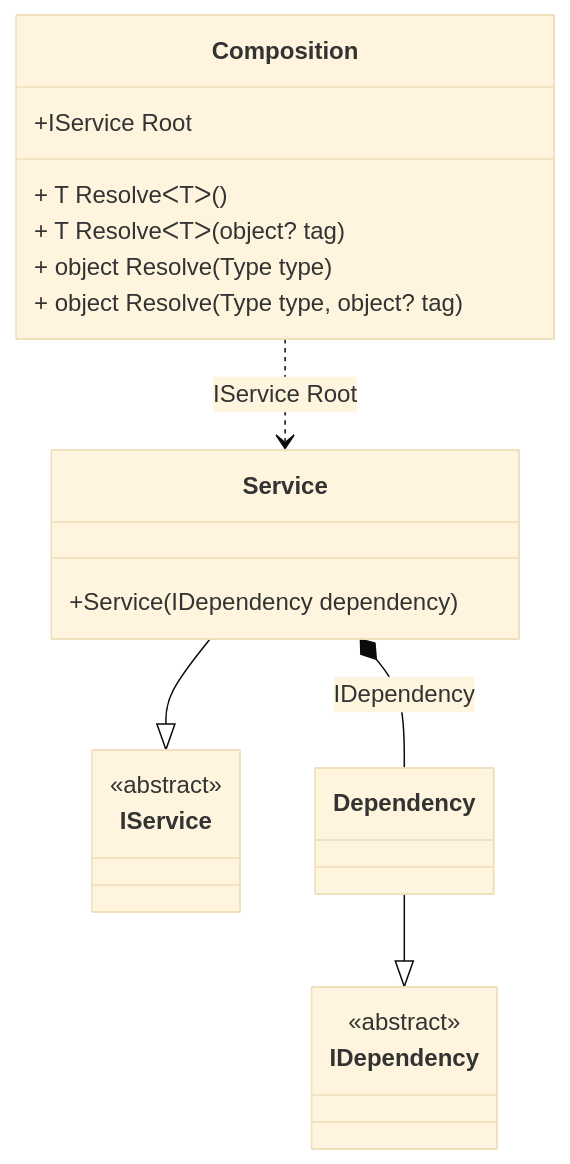
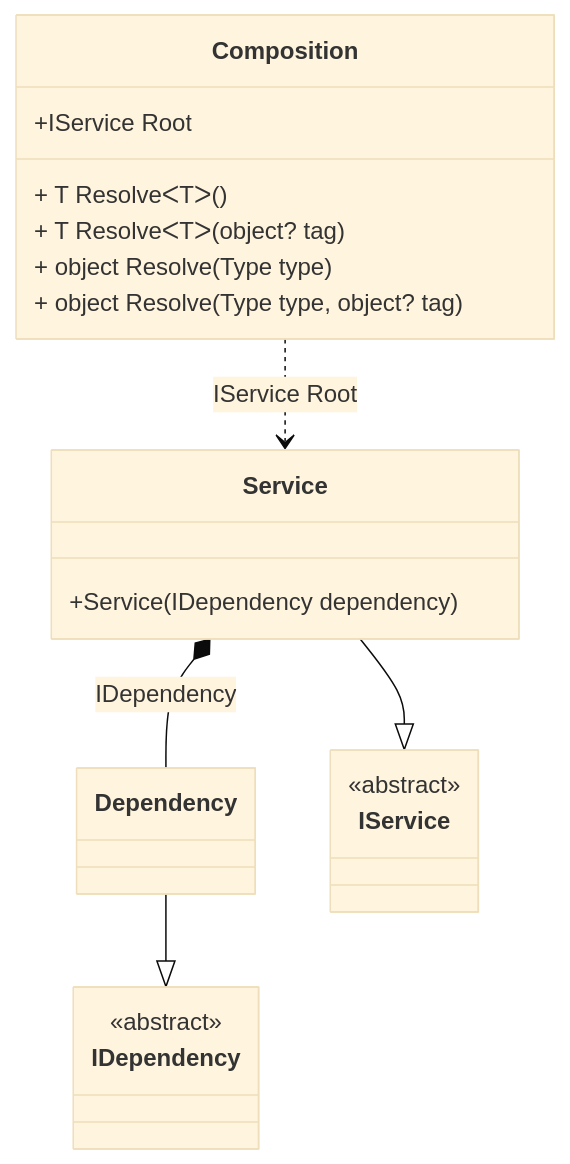
Before and after one commit to DevTeam/Pure.DI: the diagram in readme/factory.md, drawn with Mermaid (base theme). The commit also changed other lines of this file and 58 other files, not shown here.

Commit message:
Fixes an issue where overloaded bindings can be applied in the wrong sequence

````diff
--- a/readme/factory.md
+++ b/readme/factory.md
@@ -52,24 +52,24 @@
 ```mermaid
 classDiagram
   class Composition {
     +IService Root
     + T ResolveᐸTᐳ()
     + T ResolveᐸTᐳ(object? tag)
     + object Resolve(Type type)
     + object Resolve(Type type, object? tag)
   }
+  Dependency --|> IDependency : 
+  class Dependency
   Service --|> IService : 
   class Service {
     +Service(IDependency dependency)
   }
-  Dependency --|> IDependency : 
-  class Dependency
-  class IService {
+  class IDependency {
     <<abstract>>
   }
-  class IDependency {
+  class IService {
     <<abstract>>
   }
   Service *--  Dependency : IDependency
   Composition ..> Service : IService Root
 ```
````
